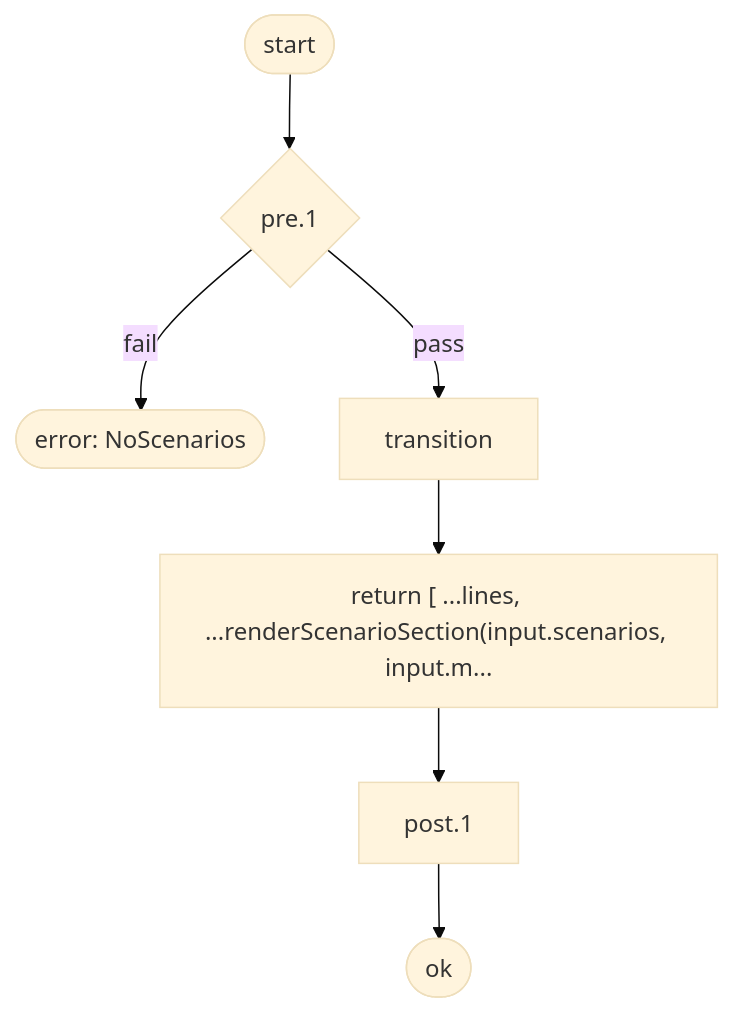
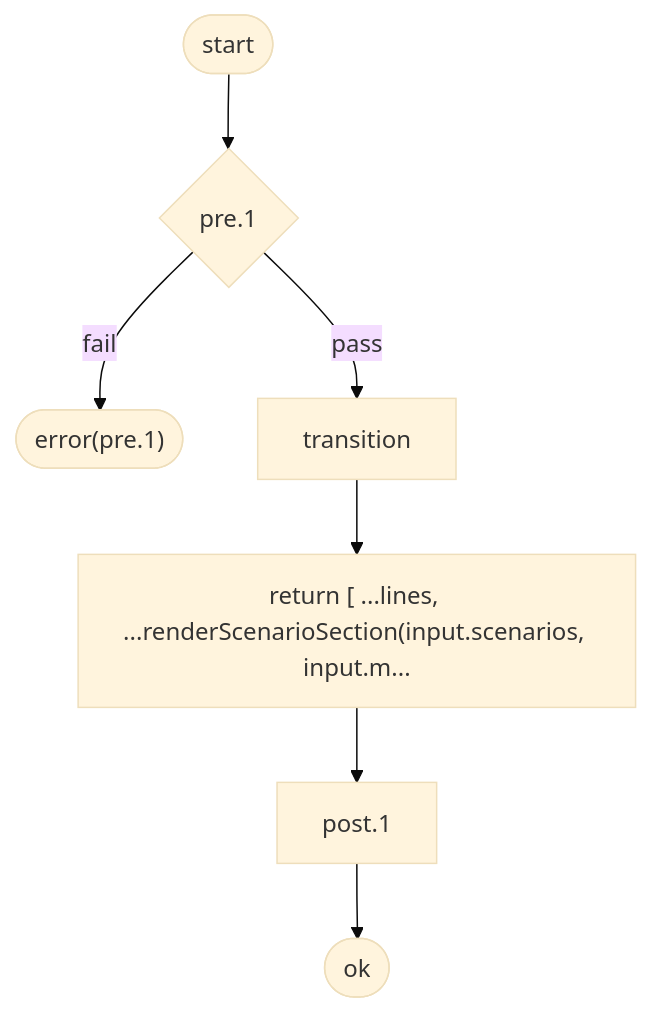
Before and after one commit to fyuuki0jp/seizu: the ninth of 13 diagrams in packages/kata-cli/docs/contracts.md, drawn with Mermaid (base theme). The commit also changed other lines of this file and 78 other files, not shown here.

````diff
--- a/packages/kata-cli/docs/contracts.md
+++ b/packages/kata-cli/docs/contracts.md
@@ -644,16 +644,16 @@
 ```mermaid
 flowchart TD
   n1(["start"])
   n2(["ok"])
   n3{"pre.1"}
-  n4(["error: NoScenarios"])
+  n4(["error(pre.1)"])
   n5["transition"]
   n6["return [ ...lines, ...renderScenarioSection(input.scenarios, input.m..."]
   n7["post.1"]
   n1 --> n3
   n3 -->|fail| n4
   n3 -->|pass| n5
   n5 --> n6
   n6 --> n7
   n7 --> n2
 ```
````
